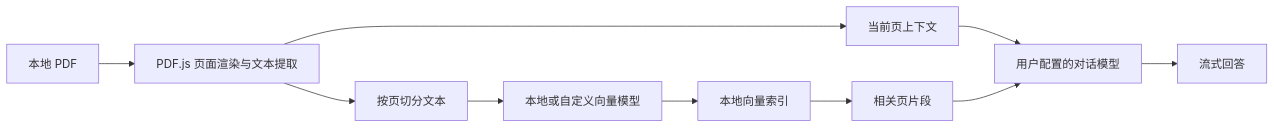
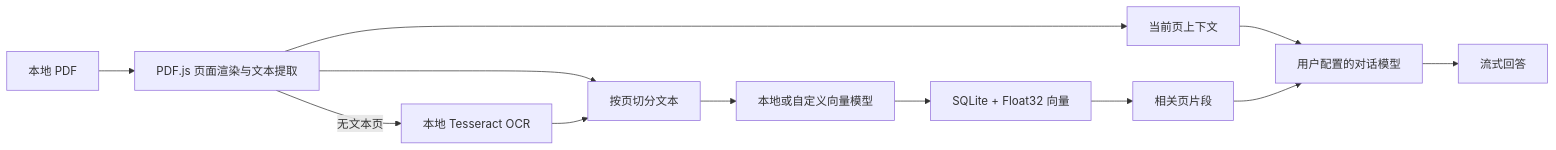
Before and after one commit to Aana11/margin-pdf-reader: the diagram in README.md, drawn with Mermaid. The commit also changed other lines of this file and 20 other files, not shown here.

Commit message:
feat: add local OCR and SQLite vector indexes

````diff
--- a/README.md
+++ b/README.md
@@ -55,12 +56,14 @@
 ```mermaid
 flowchart LR
     PDF[本地 PDF] --> JS[PDF.js 页面渲染与文本提取]
     JS --> PAGE[当前页上下文]
+    JS -->|无文本页| OCR[本地 Tesseract OCR]
     JS --> CHUNK[按页切分文本]
+    OCR --> CHUNK
     CHUNK --> EMBED[本地或自定义向量模型]
-    EMBED --> INDEX[本地向量索引]
+    EMBED --> INDEX[SQLite + Float32 向量]
     INDEX --> MATCH[相关页片段]
     PAGE --> CHAT[用户配置的对话模型]
     MATCH --> CHAT
     CHAT --> UI[流式回答]
 ```
````
